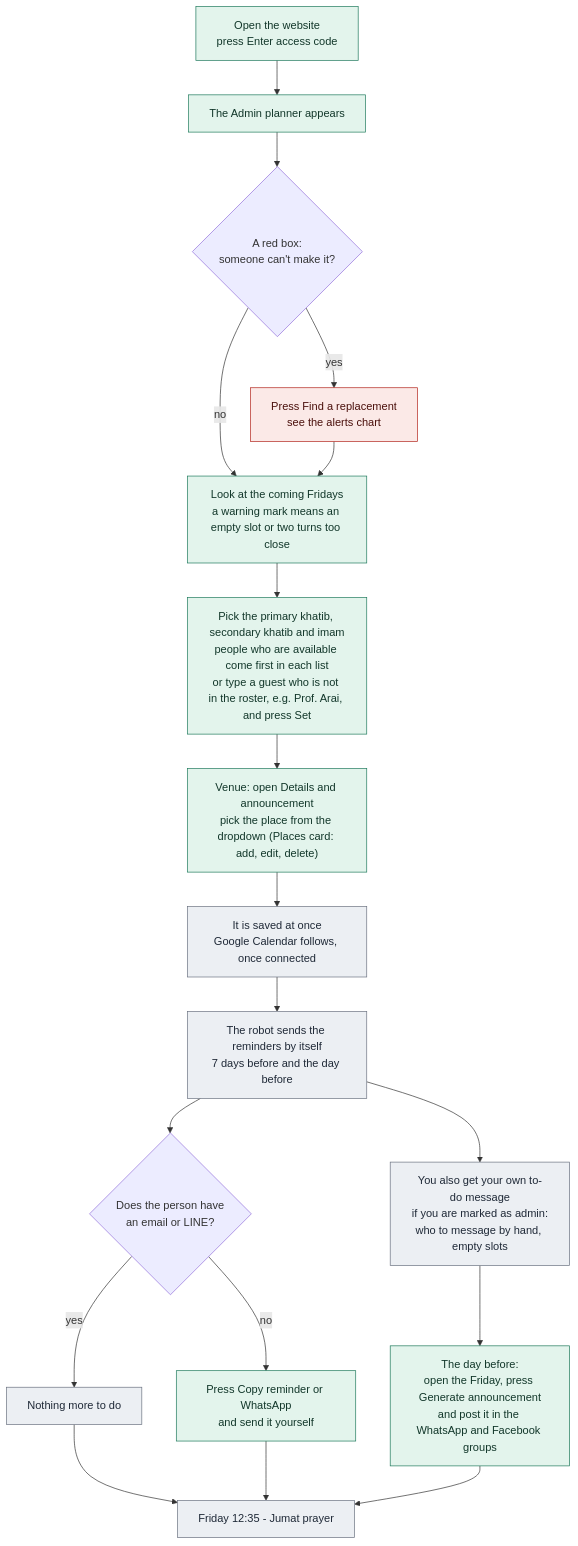
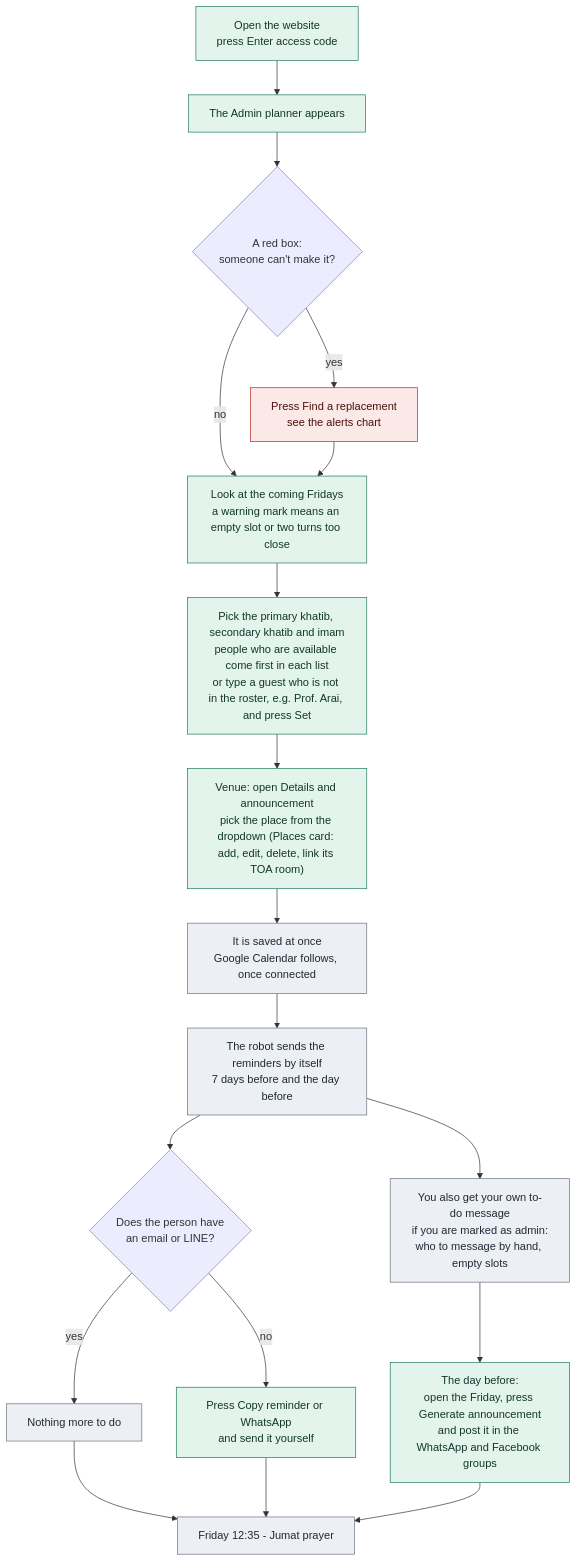
The diagram in public/flows/admin-week.mmd (mushaffarasyidridha/Jumat-Scheduler-NAIST), drawn with Mermaid before and after one commit. The commit also changed 9 other files, not shown here.

First line of the commit message:
TOA app link in announcements, events and the day window; fix empty TOA room list

```diff
--- a/public/flows/admin-week.mmd
+++ b/public/flows/admin-week.mmd
@@ -1,25 +1,25 @@
 flowchart TD
   A["Open the website<br/>press Enter access code"] --> B["The Admin planner appears"]
   B --> C{"A red box:<br/>someone can't make it?"}
   C -->|"yes"| C1["Press Find a replacement<br/>see the alerts chart"]
   C -->|"no"| D
   C1 --> D["Look at the coming Fridays<br/>a warning mark means an empty slot or two turns too close"]
   D --> E["Pick the primary khatib, secondary khatib and imam<br/>people who are available come first in each list<br/>or type a guest who is not in the roster, e.g. Prof. Arai, and press Set"]
-  E --> E2["Venue: open Details and announcement<br/>pick the place from the dropdown (Places card: add, edit, delete)"]
+  E --> E2["Venue: open Details and announcement<br/>pick the place from the dropdown (Places card: add, edit, delete, link its TOA room)"]
   E2 --> F["It is saved at once<br/>Google Calendar follows, once connected"]
   F --> G["The robot sends the reminders by itself<br/>7 days before and the day before"]
   G --> H{"Does the person have<br/>an email or LINE?"}
   H -->|"yes"| I["Nothing more to do"]
   H -->|"no"| J["Press Copy reminder or WhatsApp<br/>and send it yourself"]
   G --> K["You also get your own to-do message<br/>if you are marked as admin:<br/>who to message by hand, empty slots"]
   K --> L["The day before:<br/>open the Friday, press Generate announcement<br/>and post it in the WhatsApp and Facebook groups"]
   I --> M["Friday 12:35 - Jumat prayer"]
   J --> M
   L --> M
 
   classDef admin fill:#e3f4ec,stroke:#1f7a5c,color:#12372a
   classDef robot fill:#eceff3,stroke:#6b7280,color:#1f2937
   classDef warn fill:#fbe9e7,stroke:#b3261e,color:#4a0f0b
   class E2,A,B,D,E,J,L admin
   class F,G,I,K,M robot
   class C1 warn
```
